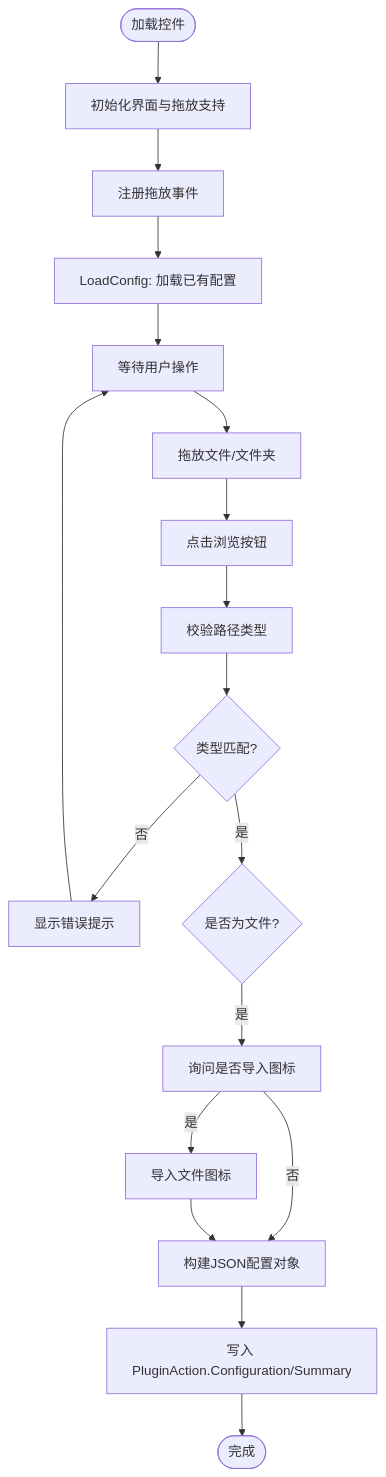
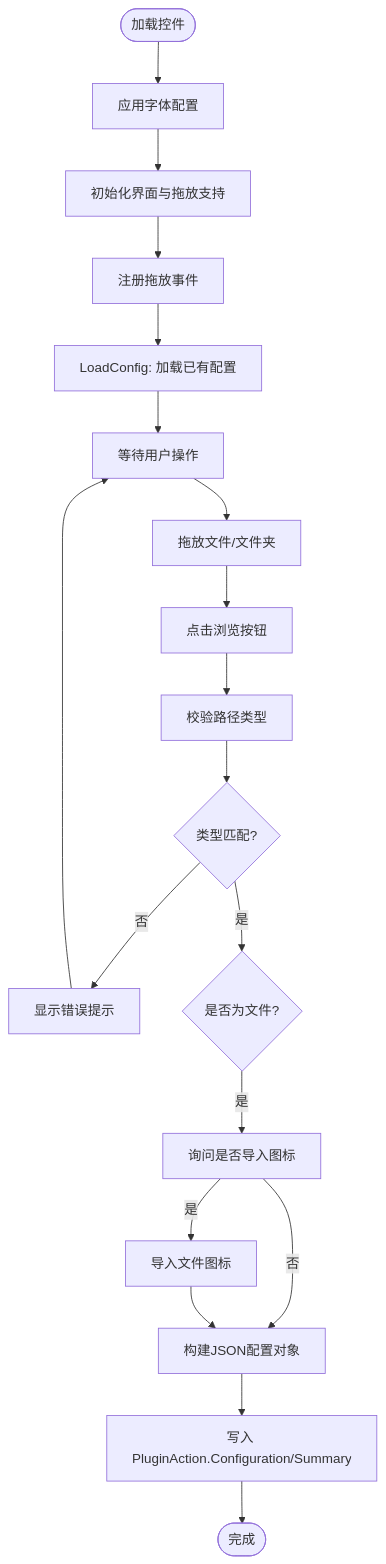
Before and after one commit to tea4go/Macro-Deck-Windows-Utils-Plugin: diagram 12 of 18 in .qoder/repowiki/zh/content/开发者指南/GUI组件开发/GUI组件开发.md, drawn with Mermaid. The commit also changed other lines of this file and 13 other files, not shown here.

````diff
--- a/.qoder/repowiki/zh/content/开发者指南/GUI组件开发/GUI组件开发.md
+++ b/.qoder/repowiki/zh/content/开发者指南/GUI组件开发/GUI组件开发.md
@@ -304,20 +403,21 @@
 ```mermaid
 flowchart TD
-Start(["加载控件"]) --> Init["初始化界面与拖放支持"]
+Start(["加载控件"]) --> Font["应用字体配置"]
+Font --> Init["初始化界面与拖放支持"]
 Init --> Drag["注册拖放事件"]
 Drag --> LoadCfg["LoadConfig: 加载已有配置"]
 LoadCfg --> Wait["等待用户操作"]
 Wait --> Drop["拖放文件/文件夹"]
 Drop --> Browse["点击浏览按钮"]
 Browse --> Validate["校验路径类型"]
 Validate --> TypeCheck{"类型匹配?"}
 TypeCheck --> |否| Error["显示错误提示"]
 TypeCheck --> |是| ImportIcon{"是否为文件?"}
 ImportIcon --> |是| AskIcon["询问是否导入图标"]
 AskIcon --> |是| Import["导入文件图标"]
 AskIcon --> |否| Build["构建JSON配置对象"]
 Import --> Build
 Build --> Persist["写入 PluginAction.Configuration/Summary"]
 Persist --> Done(["完成"])
 Error --> Wait
 ```
````
